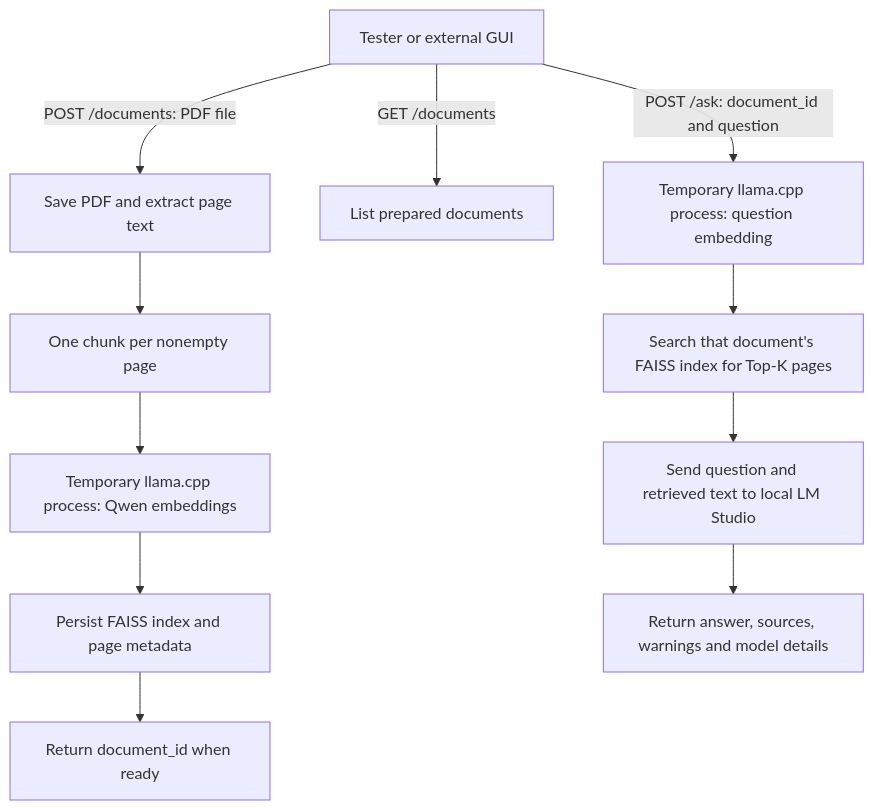
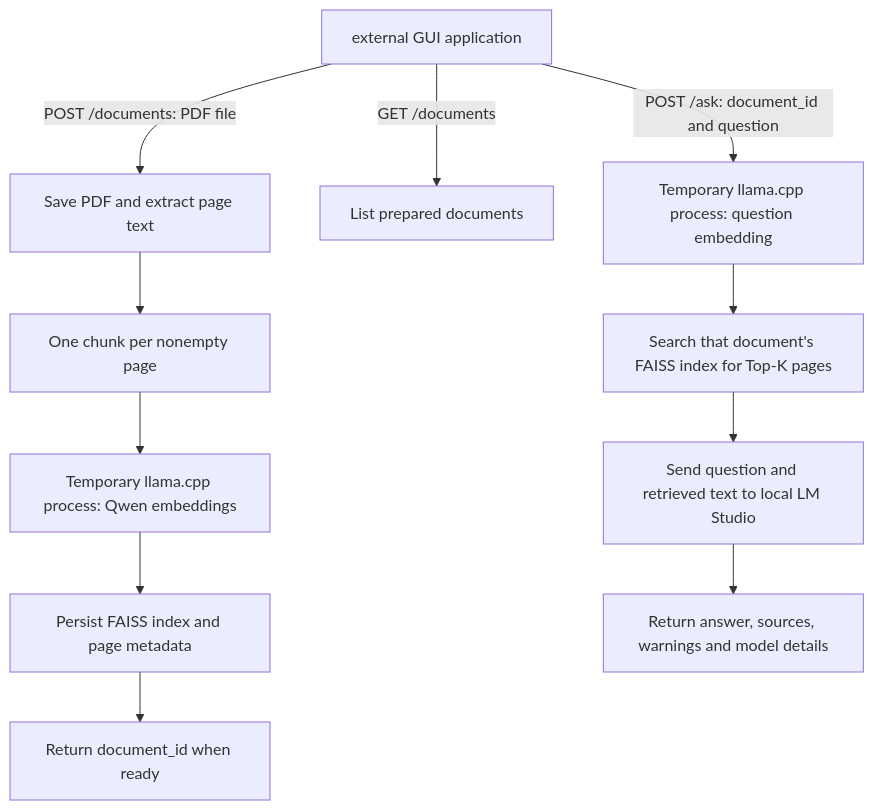
One commit to onurtas1993/askthebook changed the diagram in README.md. Above: the diagram before and after it, drawn with Mermaid. The commit also changed other lines of this file and 10 other files, not shown here.

````diff
--- a/README.md
+++ b/README.md
@@ -16,13 +22,13 @@
 ```mermaid
 flowchart TD
-    Client[Tester or external GUI] -->|POST /documents: PDF file| Upload[Save PDF and extract page text]
+    Client[external GUI application] -->|POST /documents: PDF file| Upload[Save PDF and extract page text]
     Upload --> Chunk[One chunk per nonempty page]
     Chunk --> Embed[Temporary llama.cpp process: Qwen embeddings]
     Embed --> Index[Persist FAISS index and page metadata]
     Index --> Ready[Return document_id when ready]
     Client -->|GET /documents| List[List prepared documents]
     Client -->|POST /ask: document_id and question| Query[Temporary llama.cpp process: question embedding]
     Query --> Retrieve[Search that document's FAISS index for Top-K pages]
     Retrieve --> Generate[Send question and retrieved text to local LM Studio]
     Generate --> Answer[Return answer, sources, warnings and model details]
 ```
````
